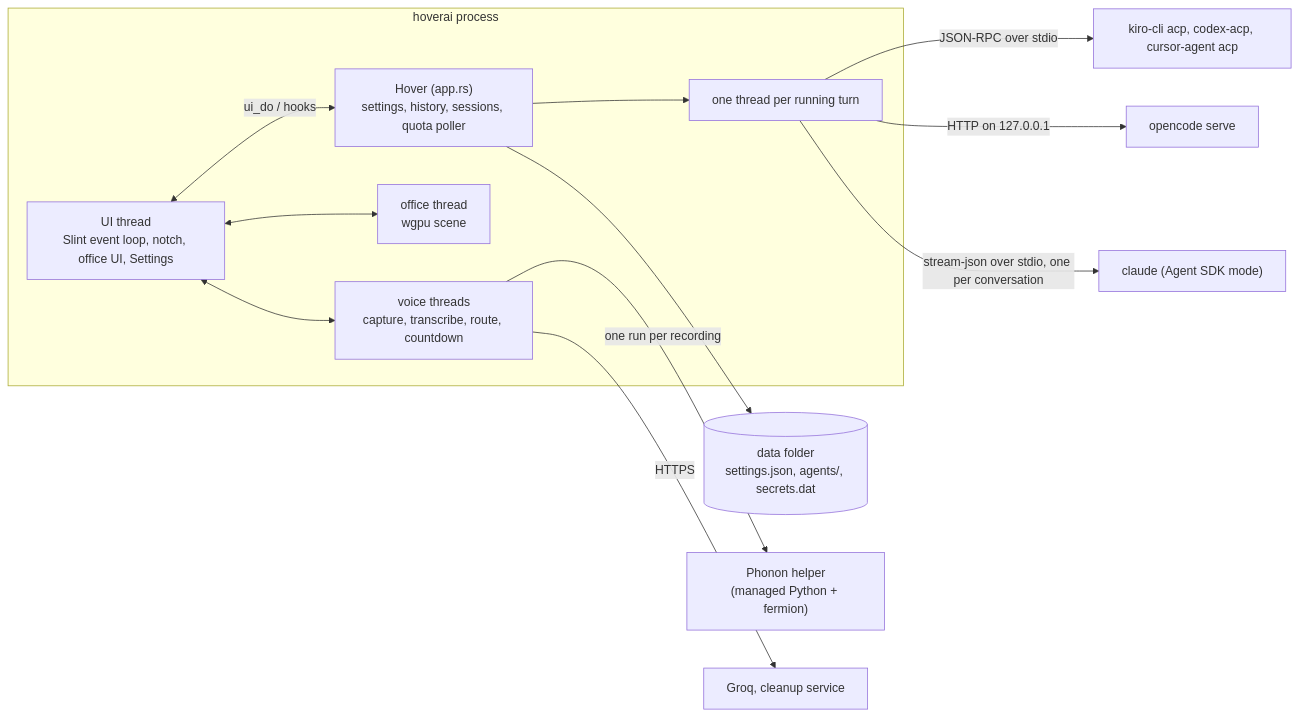
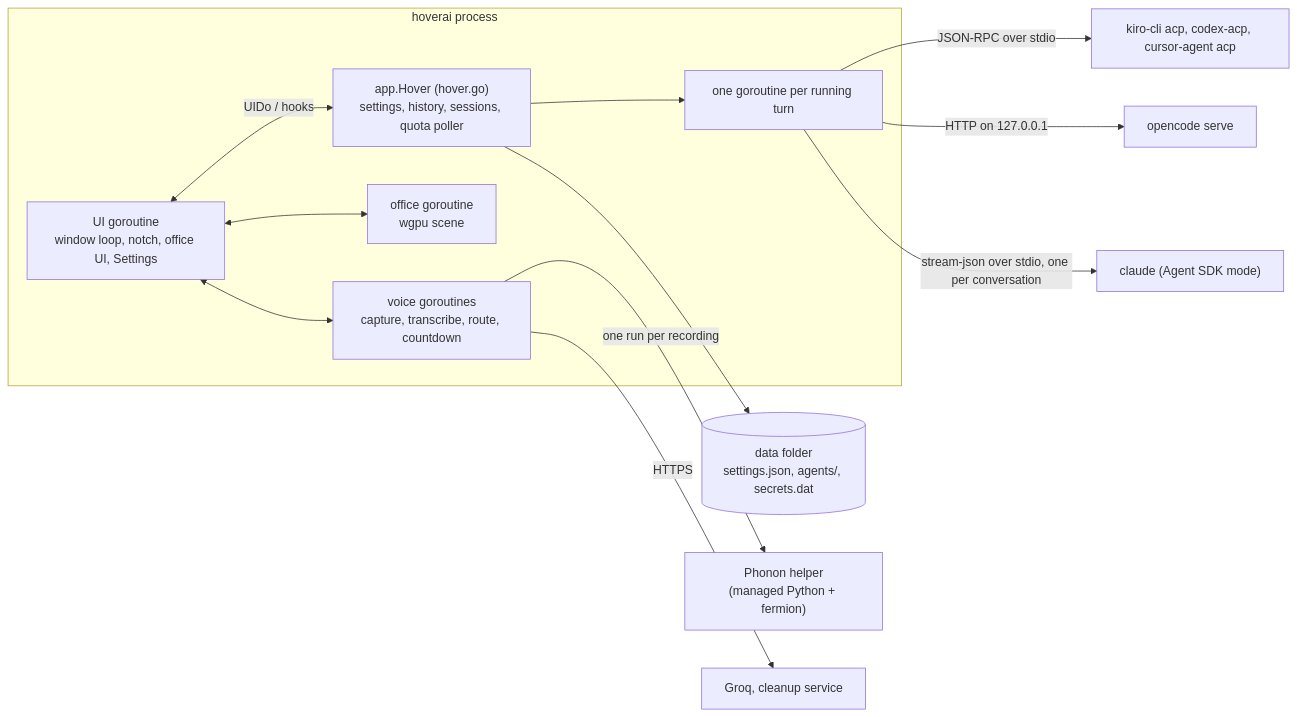
The fifth of 5 diagrams in docs/development/architecture.md (4regab/Hover), drawn with Mermaid before and after one commit. The commit also changed other lines of this file and 757 other files, not shown here.

````diff
--- a/docs/development/architecture.md
+++ b/docs/development/architecture.md
@@ -174,21 +202,21 @@
 ```mermaid
 flowchart LR
     subgraph P["hoverai process"]
-        ui["UI thread<br/>Slint event loop, notch, office UI, Settings"]
-        rt["Hover (app.rs)<br/>settings, history, sessions, quota poller"]
-        turns["one thread per running turn"]
-        off["office thread<br/>wgpu scene"]
-        vw["voice threads<br/>capture, transcribe, route, countdown"]
-        ui <-->|"ui_do / hooks"| rt
+        ui["UI goroutine<br/>window loop, notch, office UI, Settings"]
+        rt["app.Hover (hover.go)<br/>settings, history, sessions, quota poller"]
+        turns["one goroutine per running turn"]
+        off["office goroutine<br/>wgpu scene"]
+        vw["voice goroutines<br/>capture, transcribe, route, countdown"]
+        ui <-->|"UIDo / hooks"| rt
         rt --> turns
         ui <--> off
         ui <--> vw
     end
 
     turns -->|"JSON-RPC over stdio"| acp["kiro-cli acp, codex-acp, cursor-agent acp"]
     turns -->|"HTTP on 127.0.0.1"| oc["opencode serve"]
     turns -->|"stream-json over stdio, one per conversation"| cc["claude (Agent SDK mode)"]
     vw -->|"one run per recording"| ph["Phonon helper<br/>(managed Python + fermion)"]
     vw -->|"HTTPS"| groq["Groq, cleanup service"]
     rt --> disk[("data folder<br/>settings.json, agents/, secrets.dat")]
 ```
````
